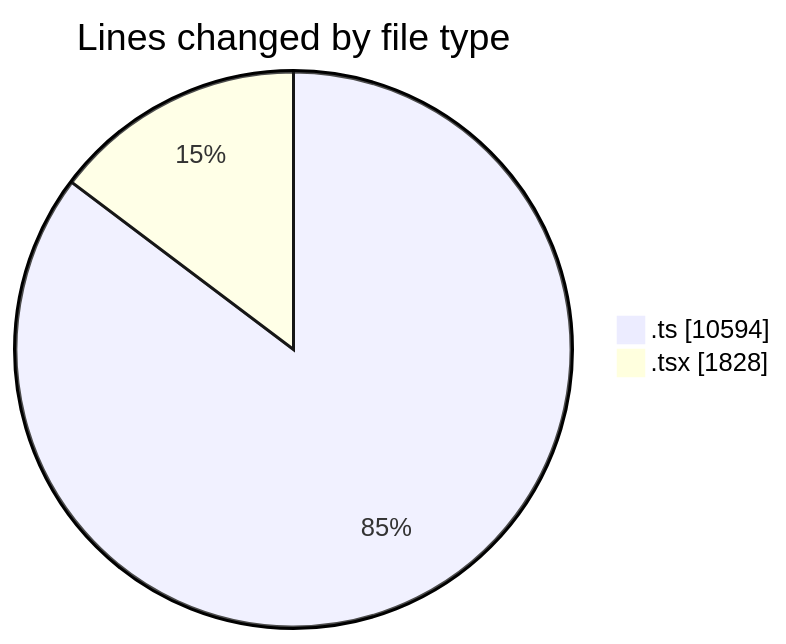
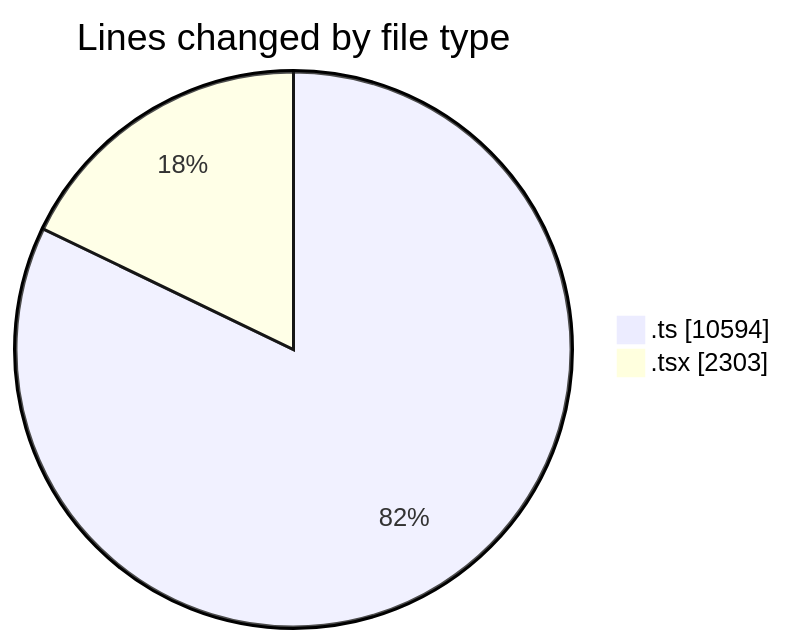
The first of 2 diagrams in 2025-06-11/cda/README.md (momahboobian/code-tracking), drawn with Mermaid before and after one commit. The commit also changed other lines of this file and 1 other file, not shown here.

````diff
--- a/2025-06-11/cda/README.md
+++ b/2025-06-11/cda/README.md
@@ -31,6 +31,6 @@
 ```mermaid
 pie showData
 title Lines changed by file type
 ".ts" : 10594
-".tsx" : 1828
+".tsx" : 2303
 ```
````
